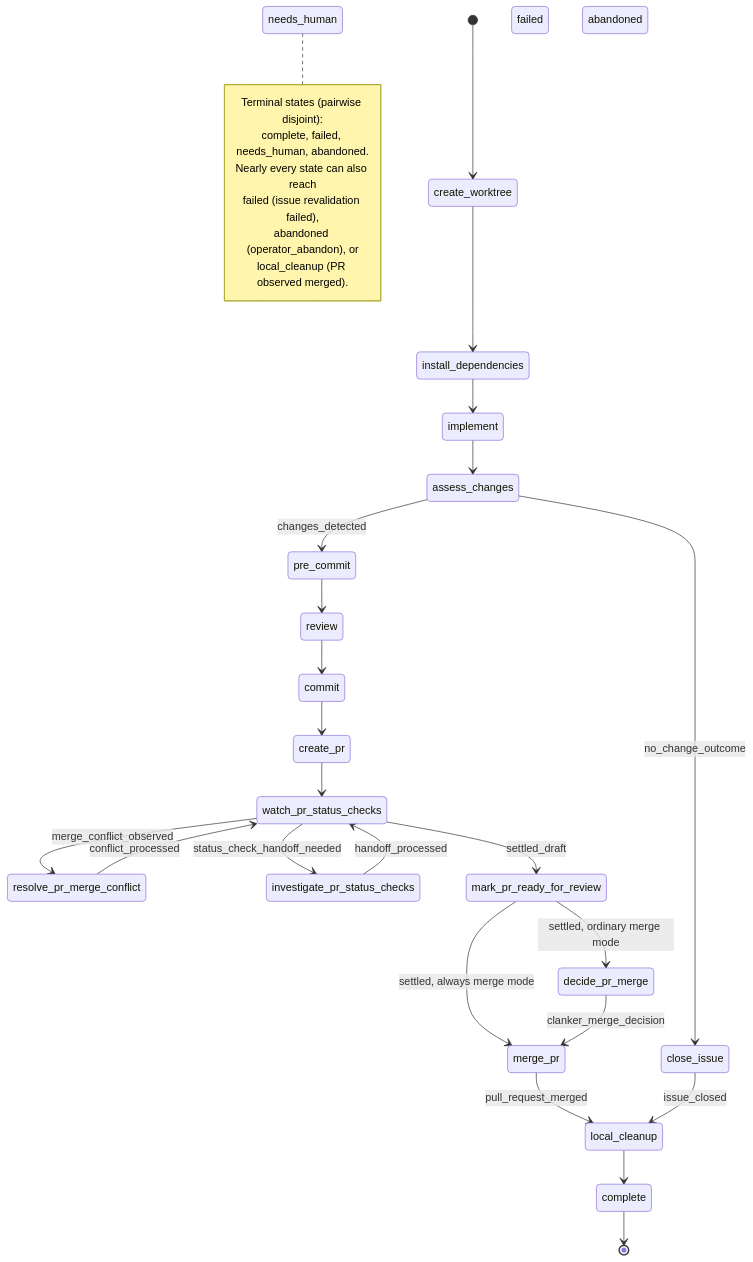
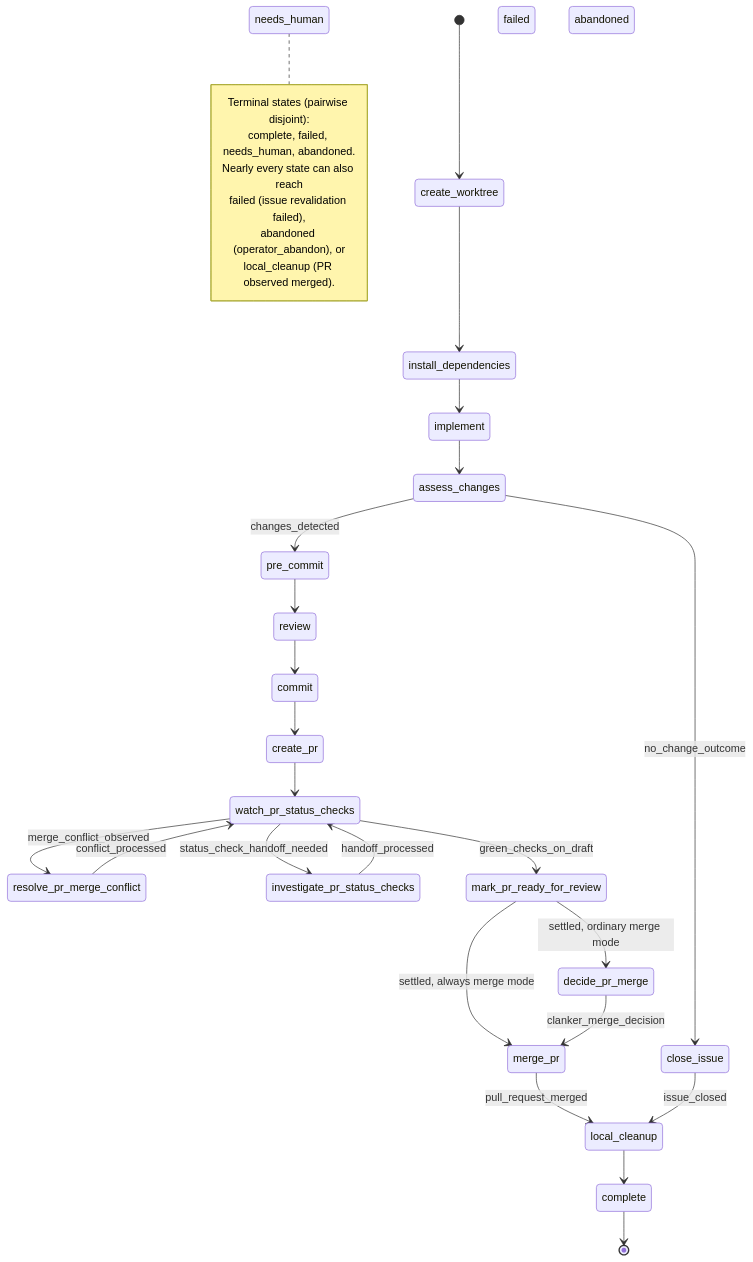
Before and after one commit to berenddeboer/ready-for-agent: the third of 3 diagrams in ontology/README.md, drawn with Mermaid. The commit also changed other lines of this file and 5 other files, not shown here.

````diff
--- a/ontology/README.md
+++ b/ontology/README.md
@@ -171,37 +171,37 @@
 ```mermaid
 stateDiagram-v2
   [*] --> create_worktree
   create_worktree --> install_dependencies
   install_dependencies --> implement
   implement --> assess_changes
   assess_changes --> pre_commit : changes_detected
   assess_changes --> close_issue : no_change_outcome
   pre_commit --> review
   review --> commit
   commit --> create_pr
   create_pr --> watch_pr_status_checks
   watch_pr_status_checks --> resolve_pr_merge_conflict : merge_conflict_observed
   resolve_pr_merge_conflict --> watch_pr_status_checks : conflict_processed
   watch_pr_status_checks --> investigate_pr_status_checks : status_check_handoff_needed
   investigate_pr_status_checks --> watch_pr_status_checks : handoff_processed
-  watch_pr_status_checks --> mark_pr_ready_for_review : settled_draft
+  watch_pr_status_checks --> mark_pr_ready_for_review : green_checks_on_draft
   mark_pr_ready_for_review --> decide_pr_merge : settled, ordinary merge mode
   mark_pr_ready_for_review --> merge_pr : settled, always merge mode
   decide_pr_merge --> merge_pr : clanker_merge_decision
   merge_pr --> local_cleanup : pull_request_merged
   close_issue --> local_cleanup : issue_closed
   local_cleanup --> complete
   complete --> [*]
 
   state "needs_human" as nh
   state "failed" as f
   state "abandoned" as ab
   note right of nh
     Terminal states (pairwise disjoint):
     complete, failed, needs_human, abandoned.
     Nearly every state can also reach
     failed (issue revalidation failed),
     abandoned (operator_abandon), or
     local_cleanup (PR observed merged).
   end note
 ```
````
